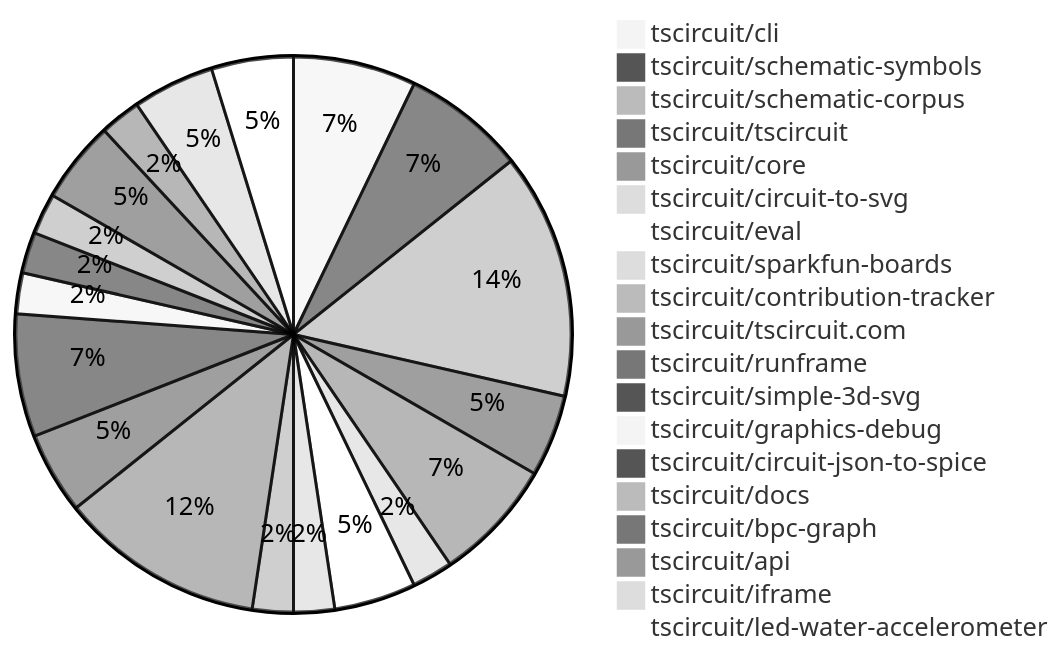
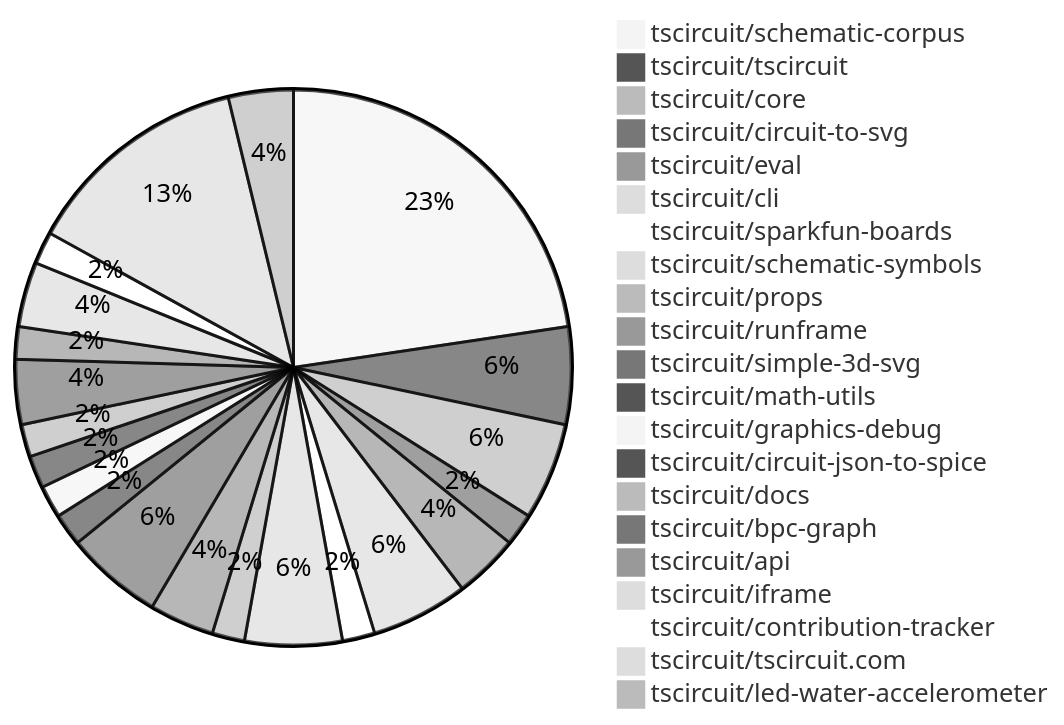
The first of 2 diagrams in README.md (tscircuit/contribution-tracker), drawn with Mermaid (neutral theme) before and after one commit. The commit also changed other lines of this file and 3 other files, not shown here.

````diff
--- a/README.md
+++ b/README.md
@@ -29,22 +29,24 @@
 ```mermaid
 pie
-    "tscircuit/cli" : 3
-    "tscircuit/schematic-symbols" : 3
-    "tscircuit/schematic-corpus" : 6
-    "tscircuit/tscircuit" : 2
+    "tscircuit/schematic-corpus" : 12
+    "tscircuit/tscircuit" : 3
     "tscircuit/core" : 3
     "tscircuit/circuit-to-svg" : 1
     "tscircuit/eval" : 2
+    "tscircuit/cli" : 3
     "tscircuit/sparkfun-boards" : 1
-    "tscircuit/contribution-tracker" : 1
-    "tscircuit/tscircuit.com" : 5
+    "tscircuit/schematic-symbols" : 3
+    "tscircuit/props" : 1
     "tscircuit/runframe" : 2
     "tscircuit/simple-3d-svg" : 3
+    "tscircuit/math-utils" : 1
     "tscircuit/graphics-debug" : 1
     "tscircuit/circuit-json-to-spice" : 1
     "tscircuit/docs" : 1
     "tscircuit/bpc-graph" : 2
     "tscircuit/api" : 1
     "tscircuit/iframe" : 2
+    "tscircuit/contribution-tracker" : 1
+    "tscircuit/tscircuit.com" : 7
     "tscircuit/led-water-accelerometer" : 2
 ```
````
